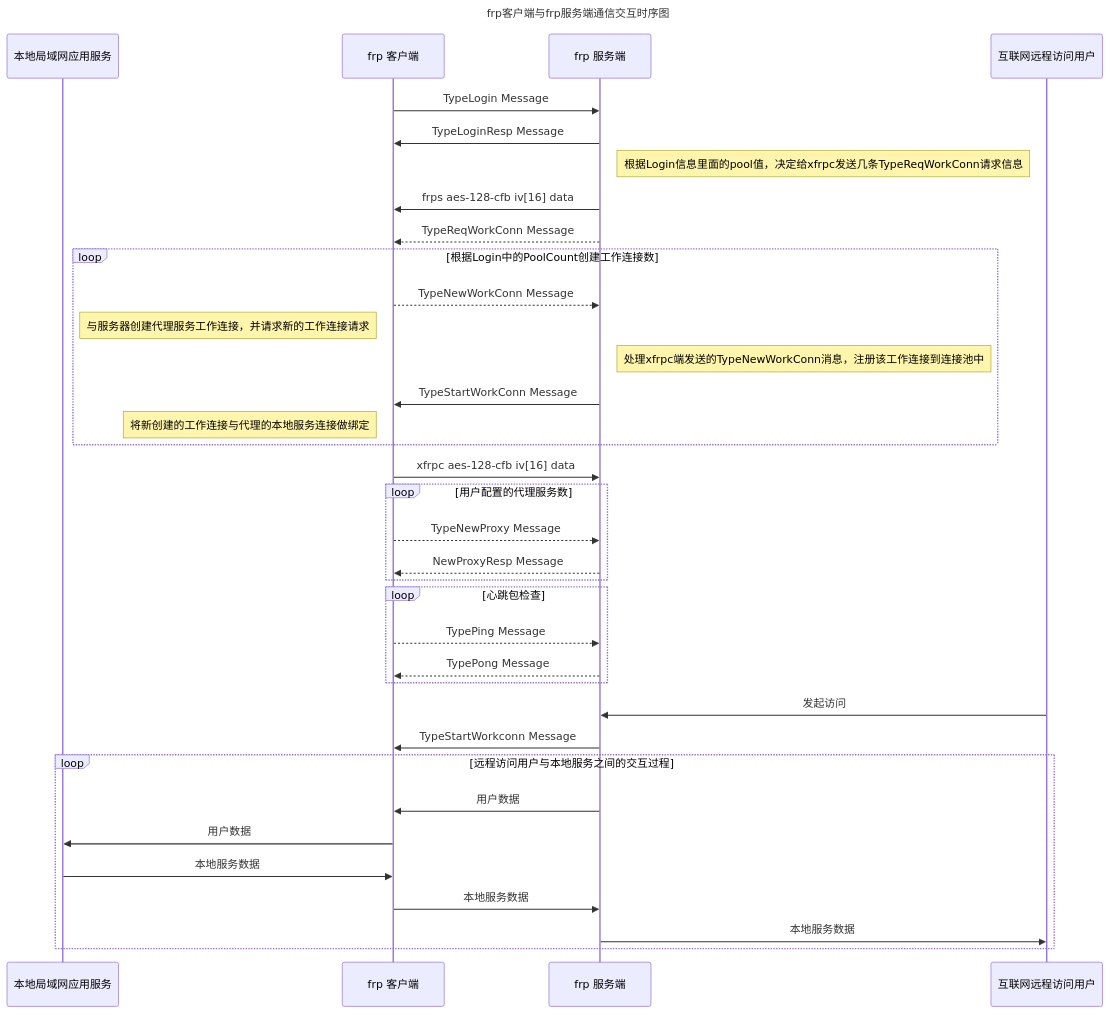
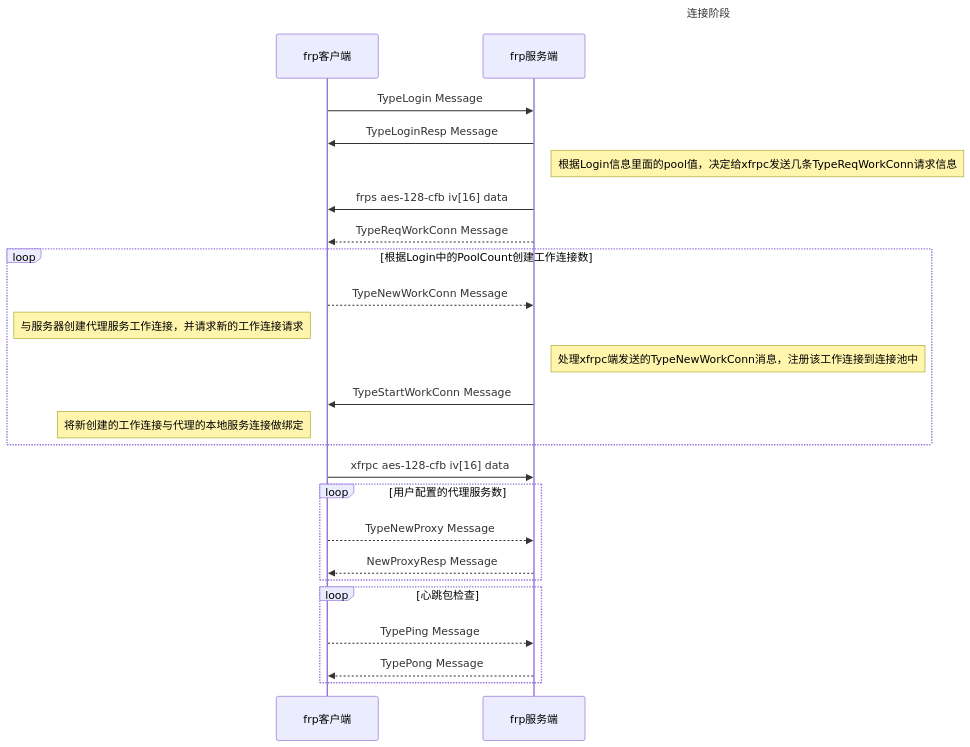
Before and after one commit to liudf0716/rust-frp-client: the first of 2 diagrams in README.md, drawn with Mermaid. The commit also changed other lines of this file, not shown here.

````diff
--- a/README.md
+++ b/README.md
@@ -8,42 +11,29 @@
 ```mermaid
 sequenceDiagram
-	title:	frp客户端与frp服务端通信交互时序图
-	participant l_svc as 本地局域网应用服务
-	participant frpc as frp 客户端
-  participant frps as frp 服务端
-  participant user as 互联网远程访问用户
+	title:	连接阶段
+	participant frpc as frp客户端
+  participant frps as frp服务端
   
   frpc ->> frps  : TypeLogin Message
   frps ->> frpc  : TypeLoginResp Message
   Note right of frps  : 根据Login信息里面的pool值，决定给xfrpc发送几条TypeReqWorkConn请求信息
   frps ->> frpc  : frps aes-128-cfb iv[16] data
   frps -->> frpc : TypeReqWorkConn Message
 	loop 根据Login中的PoolCount创建工作连接数
   	frpc -->> frps  : TypeNewWorkConn Message
   	Note left of frpc  : 与服务器创建代理服务工作连接，并请求新的工作连接请求
   	Note right of frps  : 处理xfrpc端发送的TypeNewWorkConn消息，注册该工作连接到连接池中
   	frps ->> frpc  : TypeStartWorkConn Message
   	Note left of frpc  : 将新创建的工作连接与代理的本地服务连接做绑定
 	end
   frpc ->> frps  : xfrpc aes-128-cfb iv[16] data
   loop 用户配置的代理服务数
   	frpc -->> frps : TypeNewProxy Message
   	frps -->> frpc : NewProxyResp Message
   end
 	
   loop 心跳包检查
     frpc -->> frps : TypePing Message
     frps -->> frpc : TypePong Message
   end
-  
-  user ->> frps  : 发起访问
-  frps ->> frpc	 : TypeStartWorkconn Message
-  loop  远程访问用户与本地服务之间的交互过程
-    frps ->> frpc   : 用户数据
-    frpc ->> l_svc  : 用户数据
-    l_svc ->> frpc  : 本地服务数据
-    frpc ->> frps   : 本地服务数据
-    frps  ->> user  : 本地服务数据
-  end
-  
 ```
````
